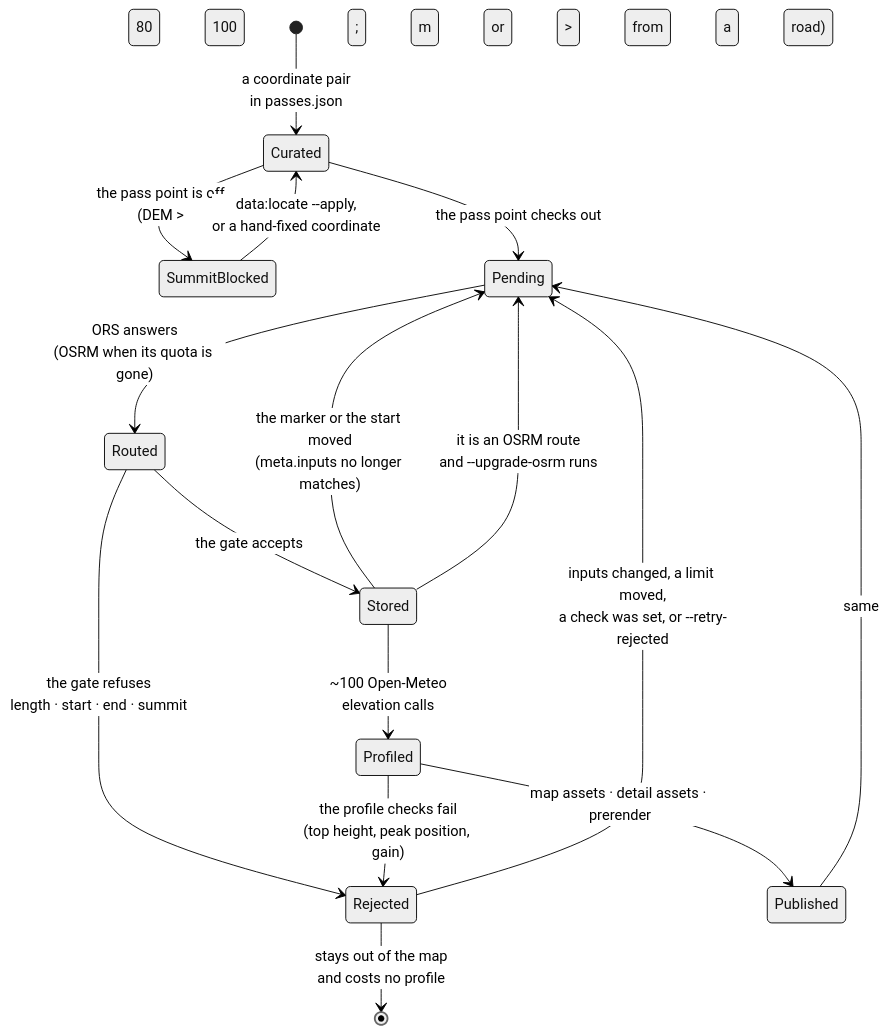
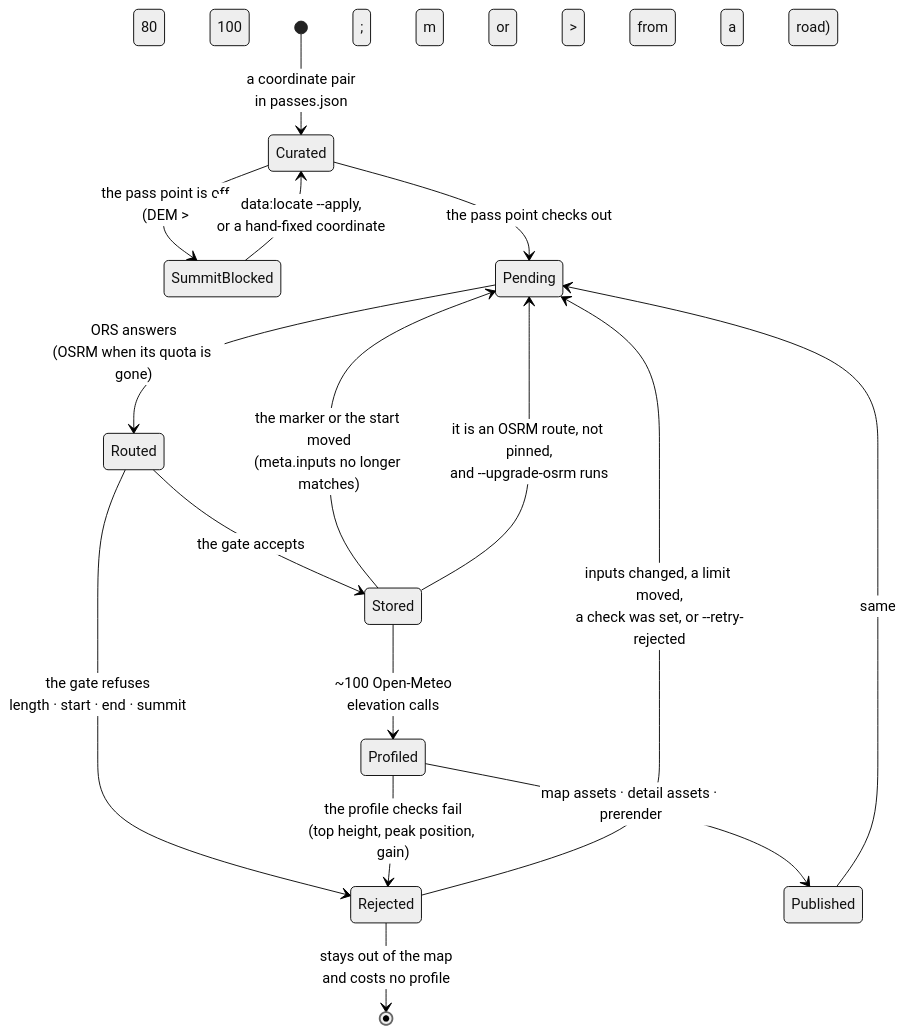
Before and after one commit to mdugue/alpen: the third of 3 diagrams in docs/data-pipeline.md, drawn with Mermaid (neutral theme). The commit also changed other lines of this file and 25 other files, not shown here.

````diff
--- a/docs/data-pipeline.md
+++ b/docs/data-pipeline.md
@@ -269,23 +270,23 @@
 ```mermaid
 stateDiagram-v2
   [*] --> Curated: a coordinate pair<br/>in passes.json
 
   Curated --> SummitBlocked: the pass point is off<br/>(DEM &gt; 80 m or &gt; 100 m from a road)
   SummitBlocked --> Curated: data:locate --apply,<br/>or a hand-fixed coordinate
   Curated --> Pending: the pass point checks out
 
   Pending --> Routed: ORS answers<br/>(OSRM when its quota is gone)
   Routed --> Rejected: the gate refuses<br/>length · start · end · summit
   Routed --> Stored: the gate accepts
 
   Rejected --> Pending: inputs changed, a limit moved,<br/>a check was set, or --retry-rejected
   Rejected --> [*]: stays out of the map<br/>and costs no profile
 
   Stored --> Profiled: ~100 Open-Meteo<br/>elevation calls
   Profiled --> Rejected: the profile checks fail<br/>(top height, peak position, gain)
   Profiled --> Published: map assets · detail assets · prerender
 
   Stored --> Pending: the marker or the start moved<br/>(meta.inputs no longer matches)
   Published --> Pending: same
-  Stored --> Pending: it is an OSRM route<br/>and --upgrade-osrm runs
+  Stored --> Pending: it is an OSRM route, not pinned,<br/>and --upgrade-osrm runs
 ```
````
